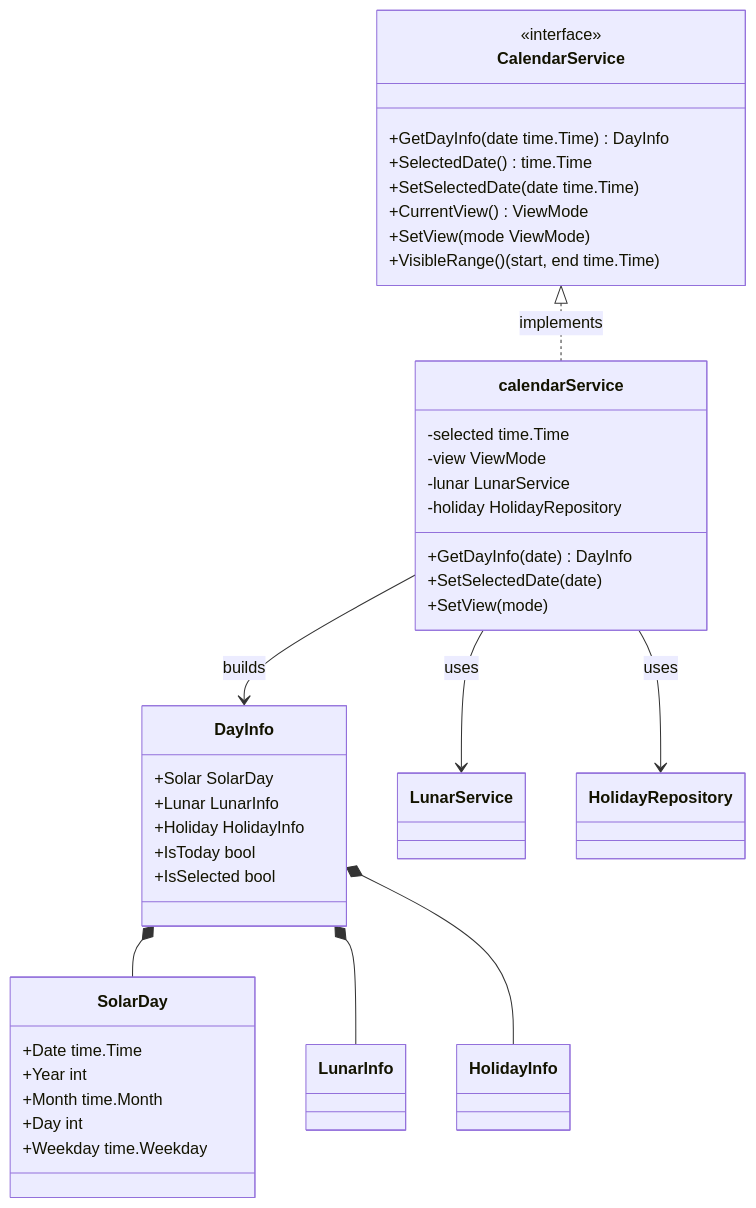
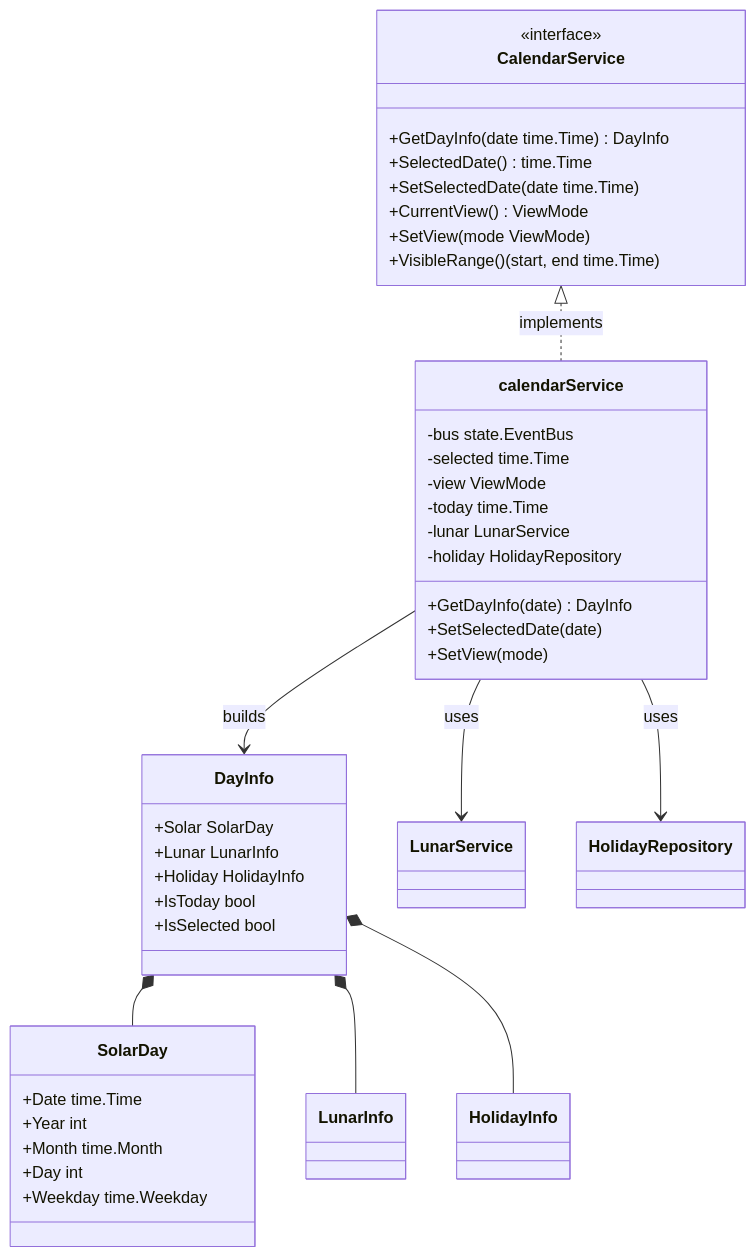
Before and after one commit to shaolei/DeskCalendar: the first of 4 diagrams in docs/50-Calendar/Calendar.md, drawn with Mermaid. The commit also changed other lines of this file and 7 other files, not shown here.

````diff
--- a/docs/50-Calendar/Calendar.md
+++ b/docs/50-Calendar/Calendar.md
@@ -25,42 +25,44 @@
 ```mermaid
 classDiagram
     class CalendarService {
         <<interface>>
         +GetDayInfo(date time.Time) DayInfo
         +SelectedDate() time.Time
         +SetSelectedDate(date time.Time)
         +CurrentView() ViewMode
         +SetView(mode ViewMode)
         +VisibleRange() (start, end time.Time)
     }
     class DayInfo {
         +Solar SolarDay
         +Lunar LunarInfo
         +Holiday HolidayInfo
         +IsToday bool
         +IsSelected bool
     }
     class SolarDay {
         +Date time.Time
         +Year int
         +Month time.Month
         +Day int
         +Weekday time.Weekday
     }
     class calendarService {
+        -bus state.EventBus
         -selected time.Time
         -view ViewMode
+        -today time.Time
         -lunar LunarService
         -holiday HolidayRepository
         +GetDayInfo(date) DayInfo
         +SetSelectedDate(date) 
         +SetView(mode)
     }
     CalendarService <|.. calendarService : implements
     calendarService --> LunarService : uses
     calendarService --> HolidayRepository : uses
     calendarService --> DayInfo : builds
     DayInfo *-- SolarDay
     DayInfo *-- LunarInfo
     DayInfo *-- HolidayInfo
 ```
````
